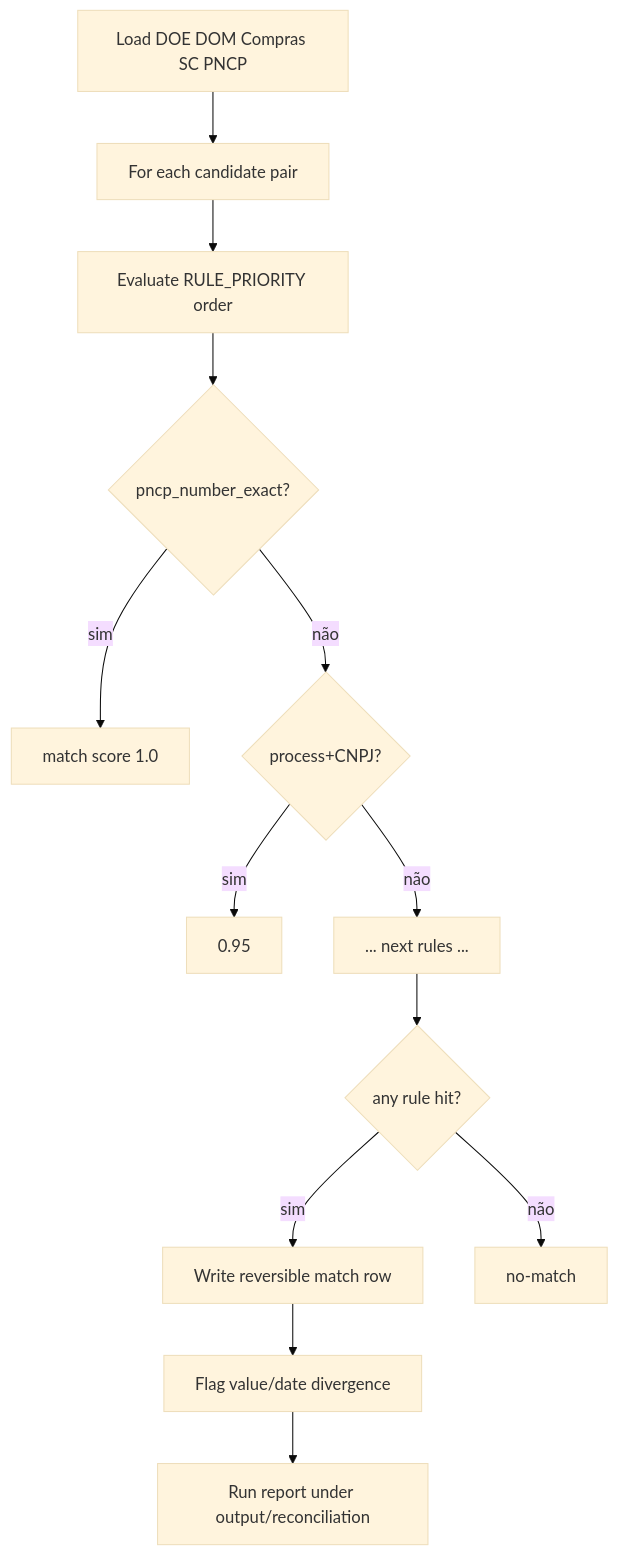
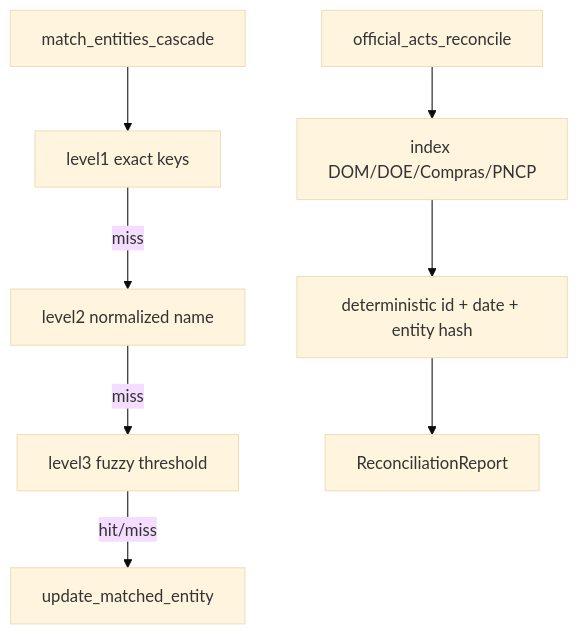
One commit to tjsasakifln/extra-cli changed the diagram in _reversa_sdd/flowcharts/matching.md. Above: the diagram before and after it, drawn with Mermaid (base theme). The commit also changed other lines of this file and 41 other files, not shown here.

````diff
--- a/_reversa_sdd/flowcharts/matching.md
+++ b/_reversa_sdd/flowcharts/matching.md
@@ -24,15 +5,10 @@
 ```mermaid
 flowchart TD
-    A[Load DOE DOM Compras SC PNCP] --> B[For each candidate pair]
-    B --> C[Evaluate RULE_PRIORITY order]
-    C --> D{pncp_number_exact?}
-    D -->|sim| E[match score 1.0]
-    D -->|não| F{process+CNPJ?}
-    F -->|sim| G[0.95]
-    F -->|não| H[... next rules ...]
-    H --> I{any rule hit?}
-    I -->|sim| J[Write reversible match row]
-    I -->|não| K[no-match]
-    J --> L[Flag value/date divergence]
-    L --> M[Run report under output/reconciliation]
+  A[match_entities_cascade] --> B[level1 exact keys]
+  B -->|miss| C[level2 normalized name]
+  C -->|miss| D[level3 fuzzy threshold]
+  D -->|hit/miss| E[update_matched_entity]
+  F[official_acts_reconcile] --> G[index DOM/DOE/Compras/PNCP]
+  G --> H[deterministic id + date + entity hash]
+  H --> I[ReconciliationReport]
 ```
````
